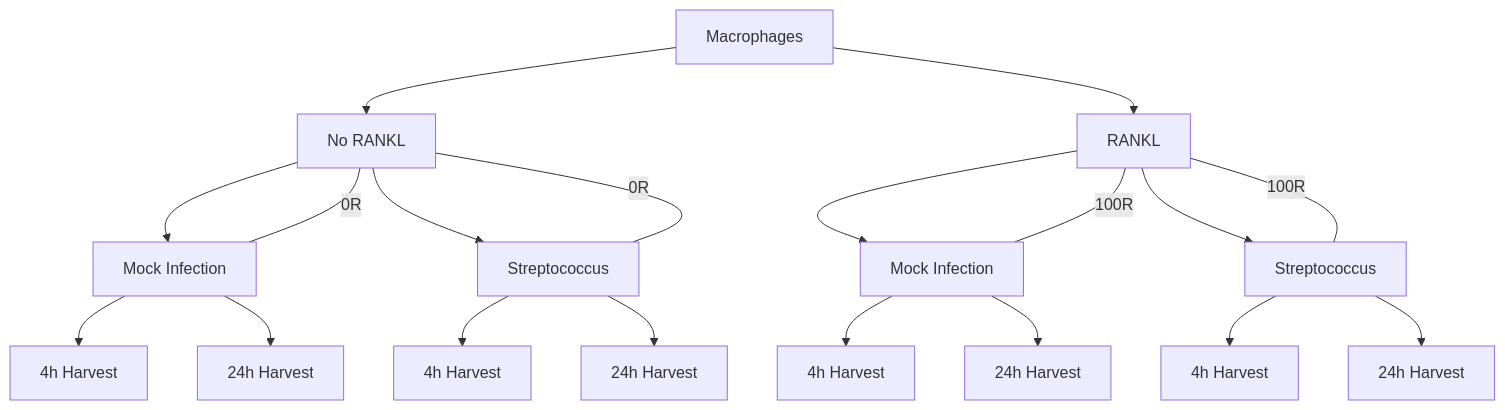
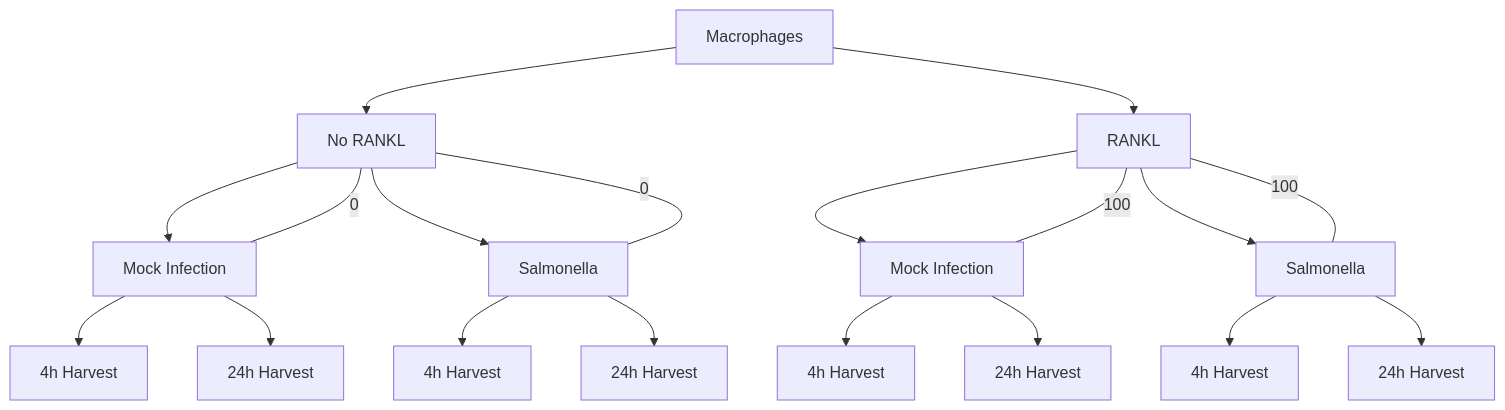
One commit to MogilenkoLabVUMC/Clara_RANKL_STAR_macrophage_infection changed the diagram in README.md. Above: the diagram before and after it, drawn with Mermaid. The commit also changed other lines of this file, not shown here.

````diff
--- a/README.md
+++ b/README.md
@@ -6,25 +6,25 @@
 ```mermaid
 graph TD
     A[Macrophages] --> B[No RANKL]
     A --> C[RANKL]
     
     B --> D[Mock Infection]
-    B --> E[Streptococcus]
+    B --> E[Salmonella]
     C --> F[Mock Infection]
-    C --> G[Streptococcus]
+    C --> G[Salmonella]
     
     D --> H[4h Harvest]
     D --> I[24h Harvest]
     E --> J[4h Harvest]
     E --> K[24h Harvest]
     F --> L[4h Harvest]
     F --> M[24h Harvest]
     G --> N[4h Harvest]
     G --> O[24h Harvest]
 
     %% Labels for conditions
-    B ---|0R| D
-    B ---|0R| E
-    C ---|100R| F
-    C ---|100R| G
+    B ---|0| D
+    B ---|0| E
+    C ---|100| F
+    C ---|100| G
 ```
````
